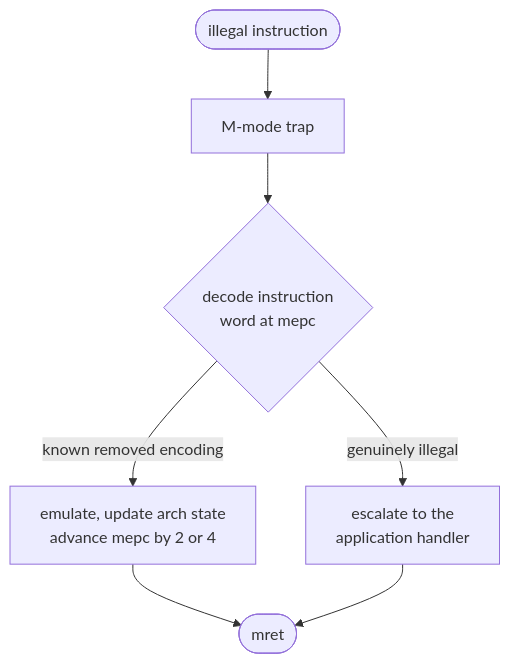
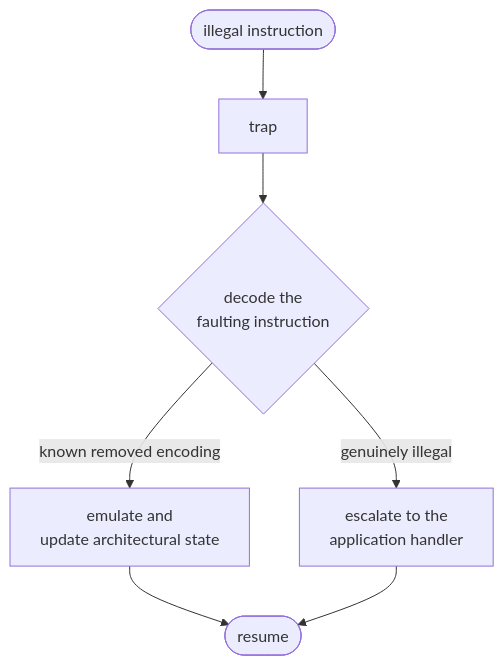
One commit to tanveerhasan-dsi/slim-cva6-edgeai-soc changed the diagram in docs/05-compatibility-requirements.md. Above: the diagram before and after it, drawn with Mermaid. The commit also changed other lines of this file and 19 other files, not shown here.

````diff
--- a/docs/05-compatibility-requirements.md
+++ b/docs/05-compatibility-requirements.md
@@ -150,9 +133,9 @@
 ```mermaid
 flowchart TD
-    ILL(["illegal instruction"]) --> TRAP["M-mode trap"]
-    TRAP --> DEC{"decode instruction<br/>word at mepc"}
-    DEC -->|"known removed encoding"| EMU["emulate, update arch state<br/>advance mepc by 2 or 4"]
-    DEC -->|"genuinely illegal"| ESC["escalate to the<br/>application handler"]
-    EMU --> RET(["mret"])
+    ILL(["illegal instruction"]) --> TRAP["trap"]
+    TRAP --> DEC{"decode the<br/>faulting instruction"}
+    DEC -->|known removed encoding| EMU["emulate and<br/>update architectural state"]
+    DEC -->|genuinely illegal| ESC["escalate to the<br/>application handler"]
+    EMU --> RET(["resume"])
     ESC --> RET
 ```
````
